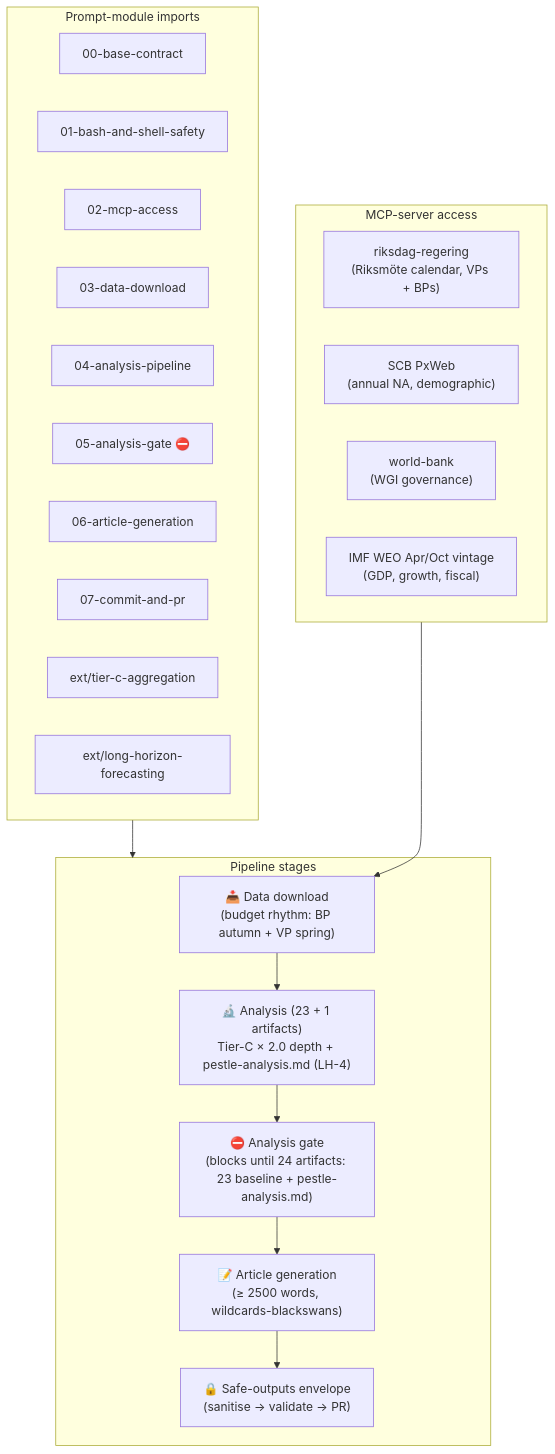
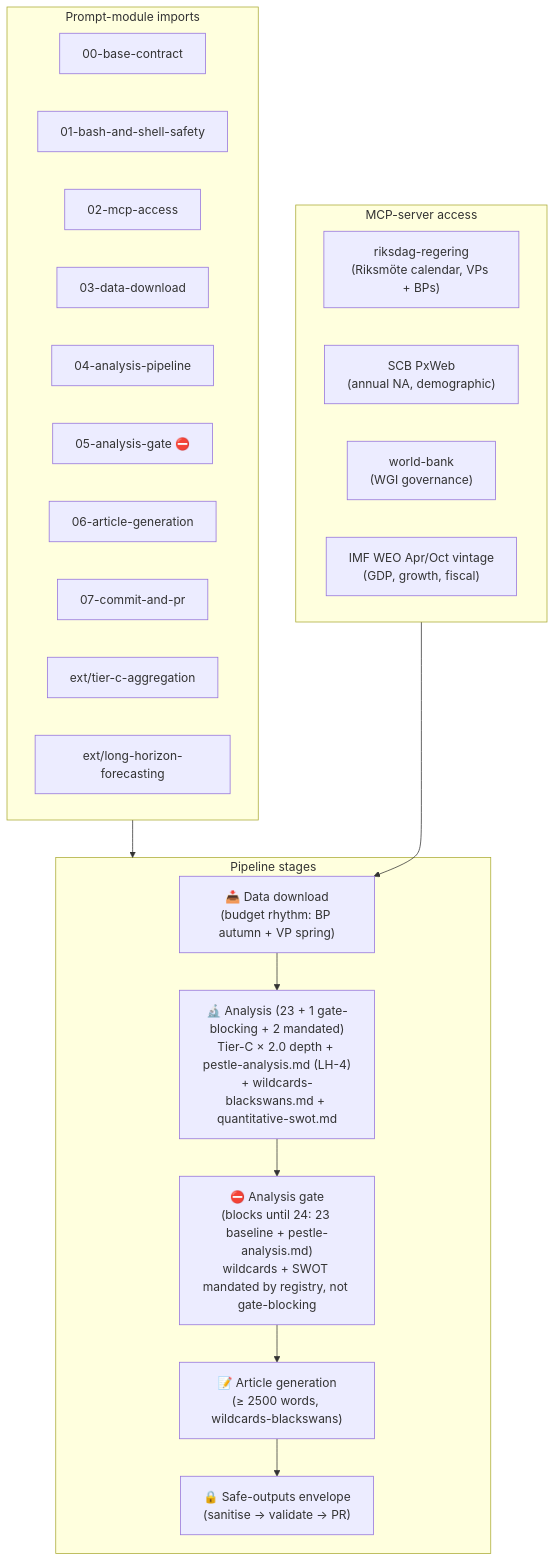
Diagram 15 of 20 in WORKFLOWS.md (Hack23/riksdagsmonitor), drawn with Mermaid before and after one commit. The commit also changed other lines of this file and 1 other file, not shown here.

First line of the commit message:
Clarify year-ahead gate-blocking (24) vs mandated (26) artifacts; fix README ls command

````diff
--- a/WORKFLOWS.md
+++ b/WORKFLOWS.md
@@ -1138,34 +1138,34 @@
 ```mermaid
 flowchart TD
     subgraph Imports["Prompt-module imports"]
         P00["00-base-contract"]
         P01["01-bash-and-shell-safety"]
         P02["02-mcp-access"]
         P03["03-data-download"]
         P04["04-analysis-pipeline"]
         P05["05-analysis-gate ⛔"]
         P06["06-article-generation"]
         P07["07-commit-and-pr"]
         EXT1["ext/tier-c-aggregation"]
         EXT2["ext/long-horizon-forecasting"]
     end
 
     subgraph MCP["MCP-server access"]
         RR["riksdag-regering<br/>(Riksmöte calendar, VPs + BPs)"]
         SCB["SCB PxWeb<br/>(annual NA, demographic)"]
         WB["world-bank<br/>(WGI governance)"]
         IMF["IMF WEO Apr/Oct vintage<br/>(GDP, growth, fiscal)"]
     end
 
     subgraph Pipeline["Pipeline stages"]
         A1["📥 Data download<br/>(budget rhythm: BP autumn + VP spring)"]
-        A2["🔬 Analysis (23 + 1 artifacts)<br/>Tier-C × 2.0 depth + pestle-analysis.md (LH-4)"]
-        A3["⛔ Analysis gate<br/>(blocks until 24 artifacts: 23 baseline + pestle-analysis.md)"]
+        A2["🔬 Analysis (23 + 1 gate-blocking + 2 mandated)<br/>Tier-C × 2.0 depth + pestle-analysis.md (LH-4)<br/>+ wildcards-blackswans.md + quantitative-swot.md"]
+        A3["⛔ Analysis gate<br/>(blocks until 24: 23 baseline + pestle-analysis.md)<br/>wildcards + SWOT mandated by registry, not gate-blocking"]
         A4["📝 Article generation<br/>(≥ 2500 words, wildcards-blackswans)"]
         A5["🔒 Safe-outputs envelope<br/>(sanitise → validate → PR)"]
     end
 
     Imports --> Pipeline
     MCP --> A1
     A1 --> A2 --> A3 --> A4 --> A5
 ```
````
